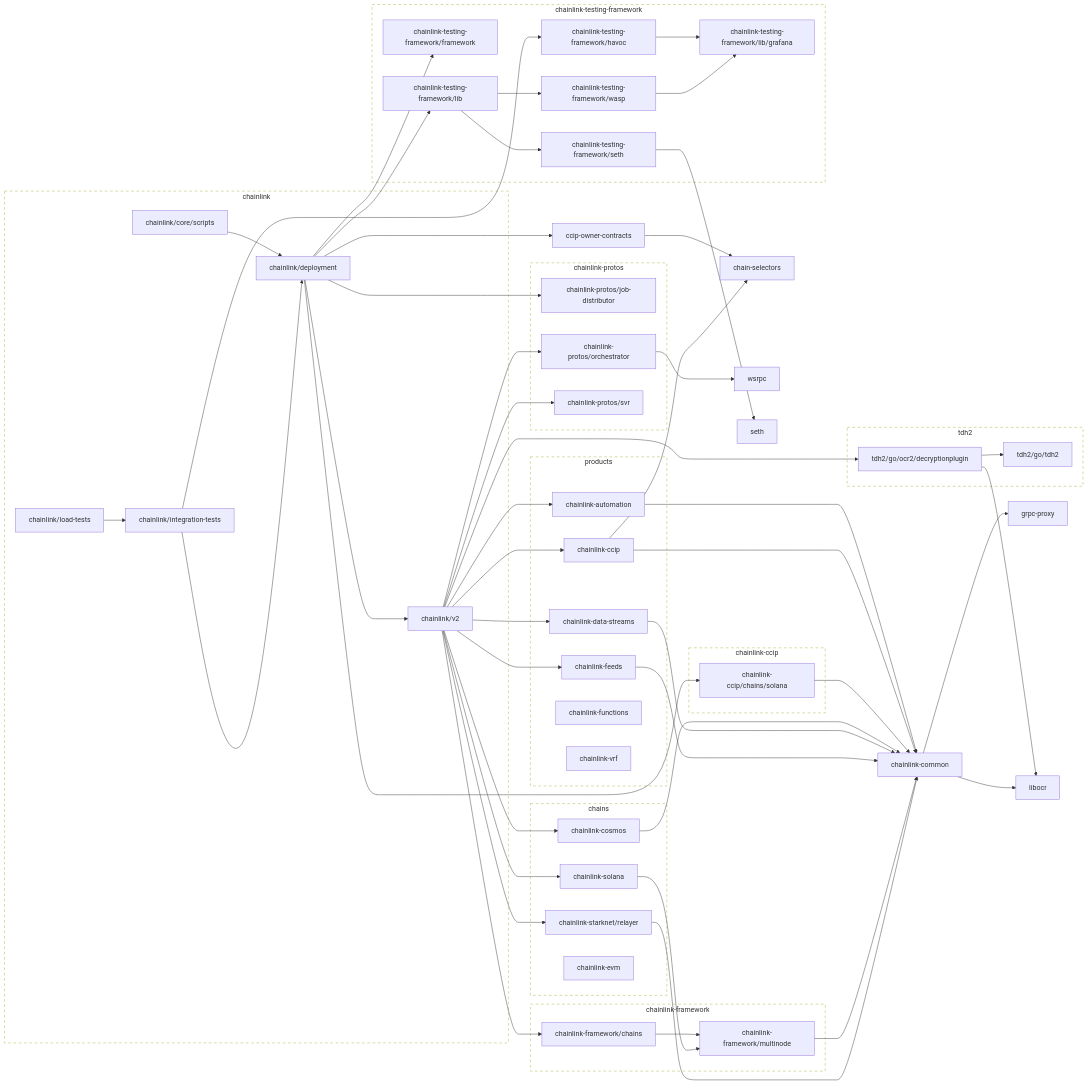
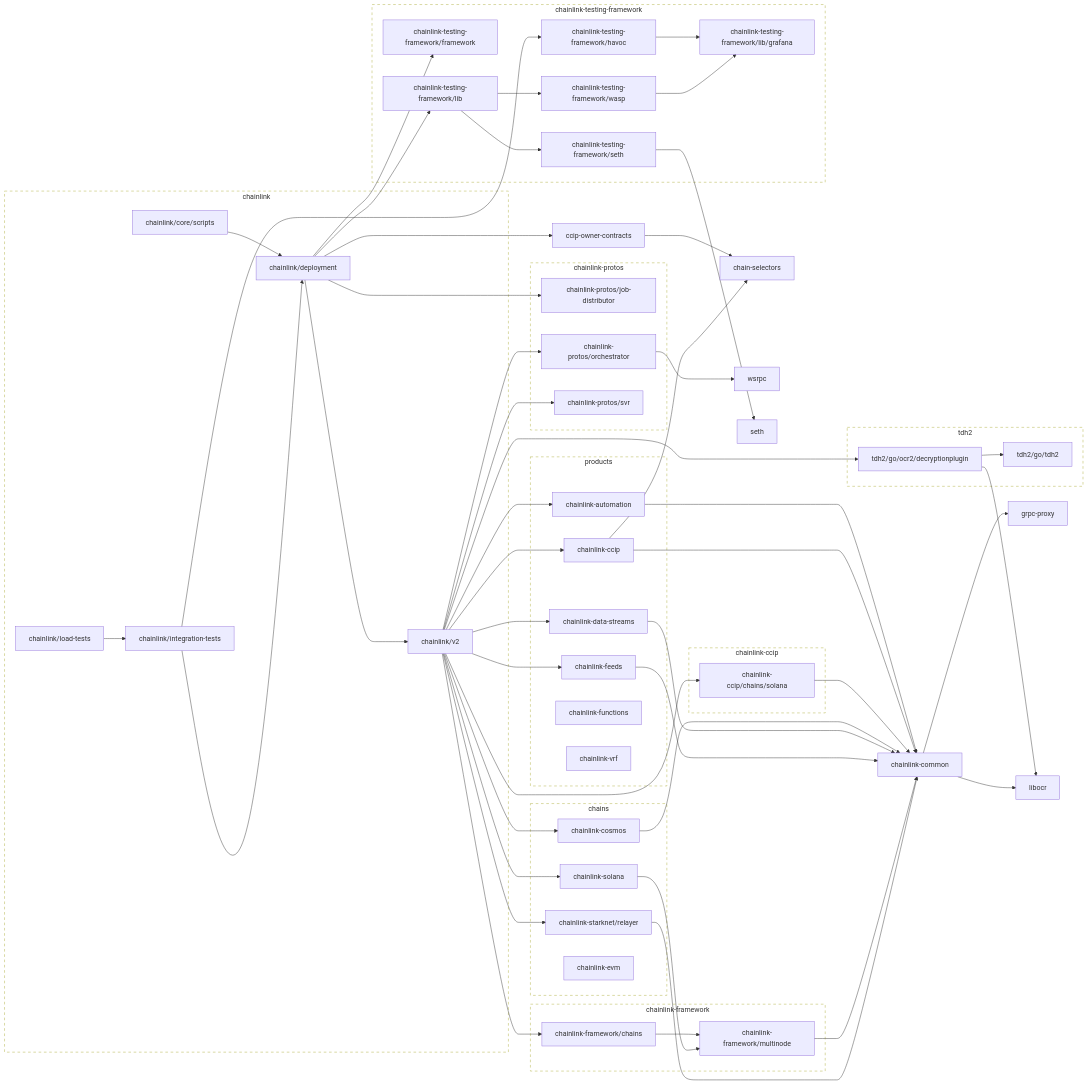
Before and after one commit to smartcontractkit/chainlink: the second of 2 diagrams in go.md, drawn with Mermaid. The commit also changed other lines of this file, not shown here.

```diff
--- a/go.md
+++ b/go.md
@@ -166,7 +175,6 @@
 	chainlink/core/scripts --> chainlink/deployment
 	click chainlink/core/scripts href "https://github.com/smartcontractkit/chainlink"
 	chainlink/deployment --> ccip-owner-contracts
-	chainlink/deployment --> chainlink-ccip/chains/solana
 	chainlink/deployment --> chainlink-protos/job-distributor
 	chainlink/deployment --> chainlink-testing-framework/framework
 	chainlink/deployment --> chainlink-testing-framework/lib
@@ -179,6 +187,7 @@
 	click chainlink/load-tests href "https://github.com/smartcontractkit/chainlink"
 	chainlink/v2 --> chainlink-automation
 	chainlink/v2 --> chainlink-ccip
+	chainlink/v2 --> chainlink-ccip/chains/solana
 	chainlink/v2 --> chainlink-cosmos
 	chainlink/v2 --> chainlink-data-streams
 	chainlink/v2 --> chainlink-feeds
```
